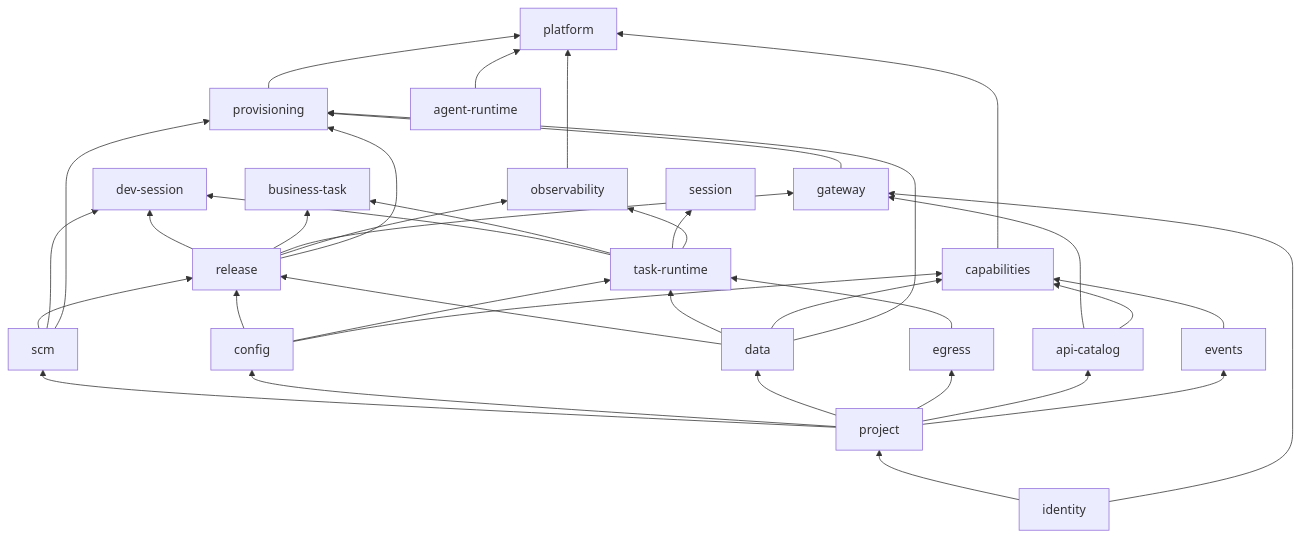
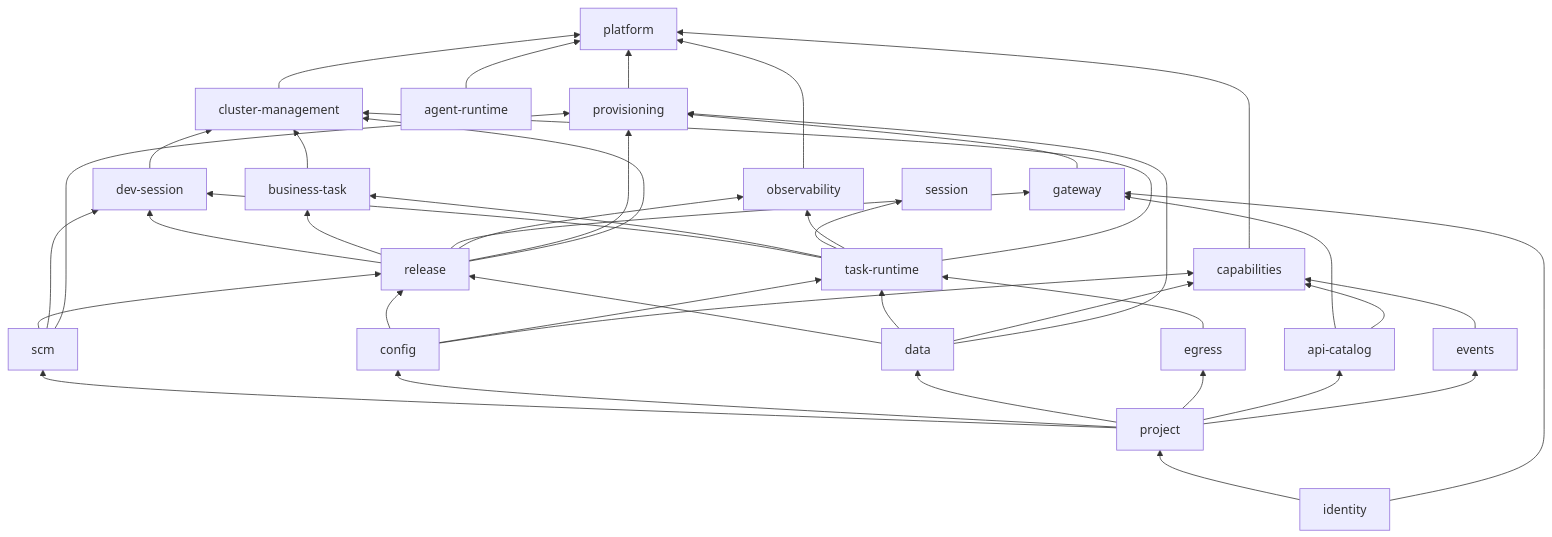
The diagram in docs/engineering/repository-structure.md (wangbinquan/CrewStation), drawn with Mermaid before and after one commit. The commit also changed other lines of this file and 18 other files, not shown here.

````diff
--- a/docs/engineering/repository-structure.md
+++ b/docs/engineering/repository-structure.md
@@ -212,16 +213,17 @@
 ```mermaid
 flowchart BT
   identity --> project
   project --> scm & config & data & egress & api-catalog & events
   scm & config & data --> release
   config & data & egress --> task-runtime
   task-runtime & release & scm --> dev-session
   task-runtime & release --> business-task
   task-runtime --> session
   identity & release & api-catalog --> gateway
   release & task-runtime --> observability
   api-catalog & events & data & config --> capabilities
   scm & data & gateway & release --> provisioning
   agent-runtime --> platform
-  observability & capabilities & provisioning --> platform
+  release & task-runtime & dev-session & business-task --> cluster-management
+  observability & cluster-management & capabilities & provisioning --> platform
 ```
````
